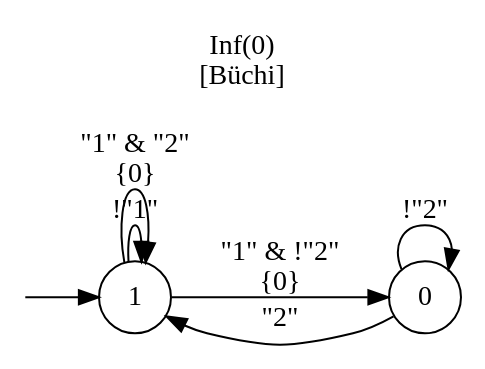
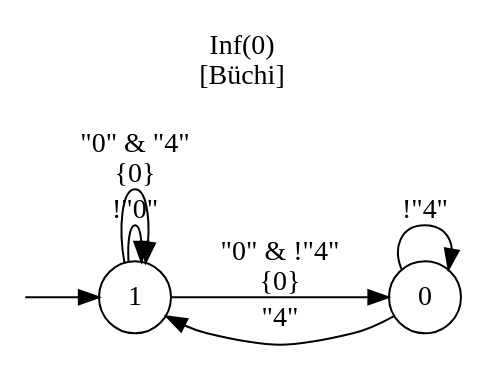
One commit to jrourke48/HMRTA_TS_GENERATION changed the diagram in output/buchi_automaton.dot. Above: the diagram before and after it, drawn with Graphviz. The commit also changed 19 other files, not shown here.

```diff
--- a/output/buchi_automaton.dot
+++ b/output/buchi_automaton.dot
@@ -1,15 +1,15 @@
 digraph "" {
   rankdir=LR
   label="Inf(0)\n[Büchi]"
   labelloc="t"
   node [shape="circle"]
   I [label="", style=invis, width=0]
   I -> 1
   0 [label="0"]
-  0 -> 0 [label="!\"2\""]
-  0 -> 1 [label="\"2\""]
+  0 -> 0 [label="!\"4\""]
+  0 -> 1 [label="\"4\""]
   1 [label="1"]
-  1 -> 0 [label="\"1\" & !\"2\"\n{0}"]
-  1 -> 1 [label="!\"1\""]
-  1 -> 1 [label="\"1\" & \"2\"\n{0}"]
+  1 -> 0 [label="\"0\" & !\"4\"\n{0}"]
+  1 -> 1 [label="!\"0\""]
+  1 -> 1 [label="\"0\" & \"4\"\n{0}"]
 }
```
